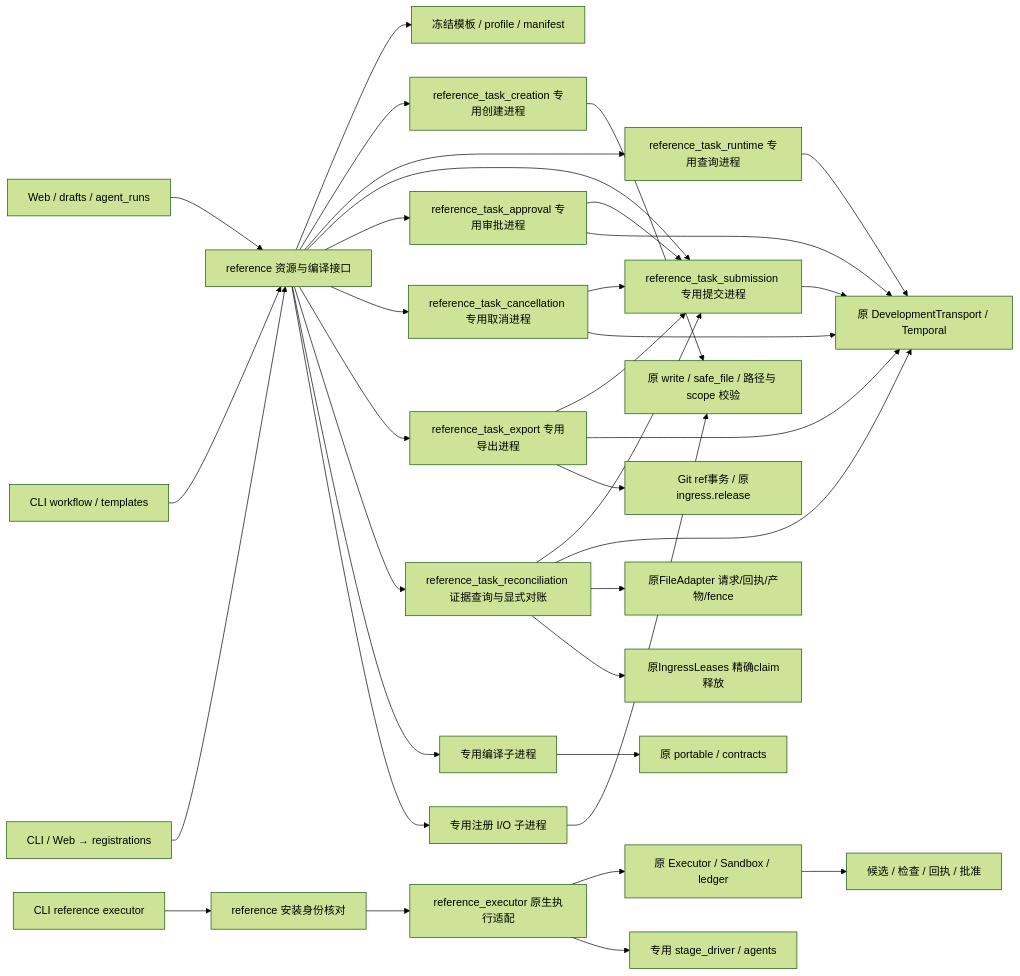
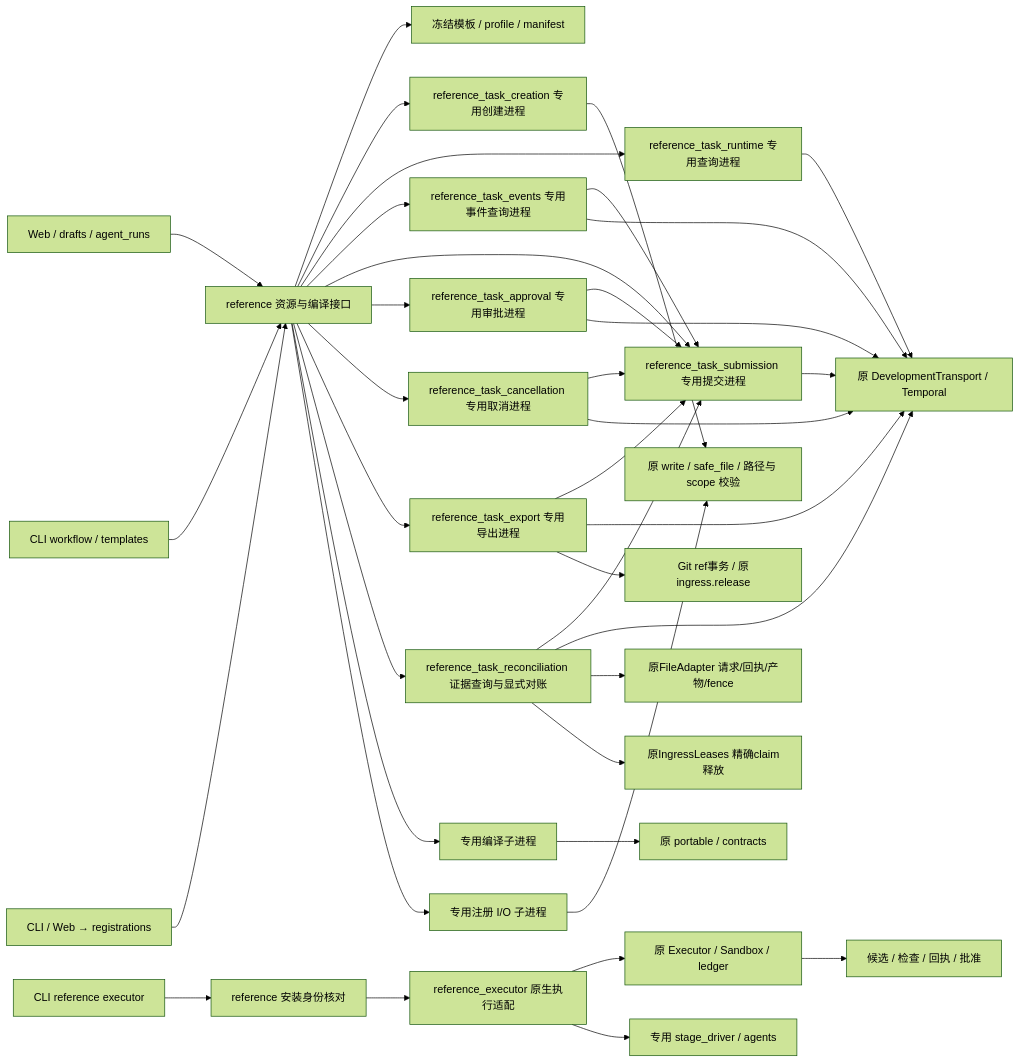
One commit to 626619403/Ergora changed the diagram in docs/architecture/reference-boundary.md. Above: the diagram before and after it, drawn with Mermaid (forest theme). The commit also changed other lines of this file and 19 other files, not shown here.

Commit message:
feat: read bounded original task events

````diff
--- a/docs/architecture/reference-boundary.md
+++ b/docs/architecture/reference-boundary.md
@@ -7,37 +7,40 @@
 ```mermaid
 flowchart LR
   Web[Web / drafts / agent_runs] --> Ref[reference 资源与编译接口]
   CLI[CLI workflow / templates] --> Ref
   Registration[CLI / Web → registrations] --> Ref
   Ref --> Resources[冻结模板 / profile / manifest]
   Ref --> Creation[reference_task_creation 专用创建进程]
   Creation --> Files
   Ref --> RuntimeQuery[reference_task_runtime 专用查询进程]
   RuntimeQuery --> Transport[原 DevelopmentTransport / Temporal]
+  Ref --> Events[reference_task_events 专用事件查询进程]
+  Events --> Submission
+  Events --> Transport
   Ref --> Submission[reference_task_submission 专用提交进程]
   Submission --> Transport
   Ref --> Approval[reference_task_approval 专用审批进程]
   Approval --> Submission
   Approval --> Transport
   Ref --> Cancellation[reference_task_cancellation 专用取消进程]
   Cancellation --> Submission
   Cancellation --> Transport
   Ref --> Export[reference_task_export 专用导出进程]
   Ref --> ExternalStatus[reference_task_reconciliation 证据查询与显式对账]
   ExternalStatus --> Submission
   ExternalStatus --> Transport
   ExternalStatus --> Adapter[原FileAdapter 请求/回执/产物/fence]
   ExternalStatus --> Ingress[原IngressLeases 精确claim释放]
   Export --> Submission
   Export --> Transport
   Export --> Git[Git ref事务 / 原ingress.release]
   Ref --> Compiler[专用编译子进程]
   Compiler --> Portable[原 portable / contracts]
   Ref --> Projection[专用注册 I/O 子进程]
   Projection --> Files[原 write / safe_file / 路径与 scope 校验]
   ExecCLI[CLI reference executor] --> Identity[reference 安装身份核对]
   Identity --> Bridge[reference_executor 原生执行适配]
   Bridge --> Original[原 Executor / Sandbox / ledger]
   Bridge --> Driver[专用 stage_driver / agents]
   Original --> Evidence[候选 / 检查 / 回执 / 批准]
 ```
````
